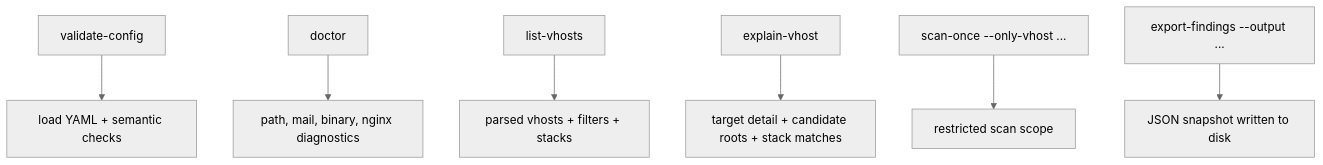
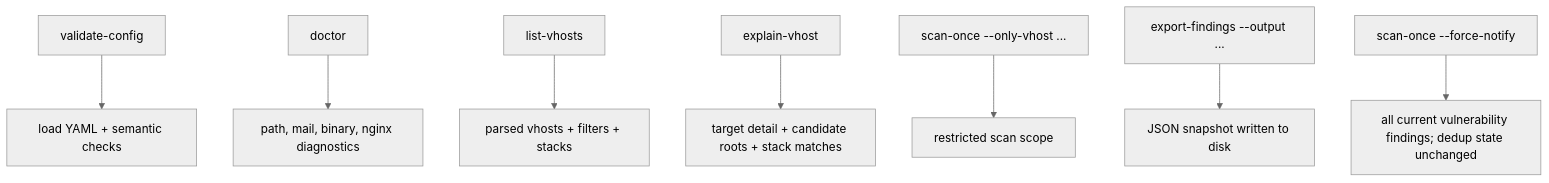
The third of 3 diagrams in docs/DIAGRAMS.md (Zappan-net/cerberus), drawn with Mermaid (neutral theme) before and after one commit. The commit also changed other lines of this file and 9 other files, not shown here.

Commit message:
Add forced vulnerability notifications and expansion roadmap

````diff
--- a/docs/DIAGRAMS.md
+++ b/docs/DIAGRAMS.md
@@ -85,9 +85,10 @@
 ```mermaid
 flowchart TD
     A[validate-config] --> B[load YAML + semantic checks]
     C[doctor] --> D[path, mail, binary, nginx diagnostics]
     E[list-vhosts] --> F[parsed vhosts + filters + stacks]
     G[explain-vhost] --> H[target detail + candidate roots + stack matches]
     I[scan-once --only-vhost ...] --> J[restricted scan scope]
     K[export-findings --output ...] --> L[JSON snapshot written to disk]
+    M[scan-once --force-notify] --> N[all current vulnerability findings; dedup state unchanged]
 ```
````
